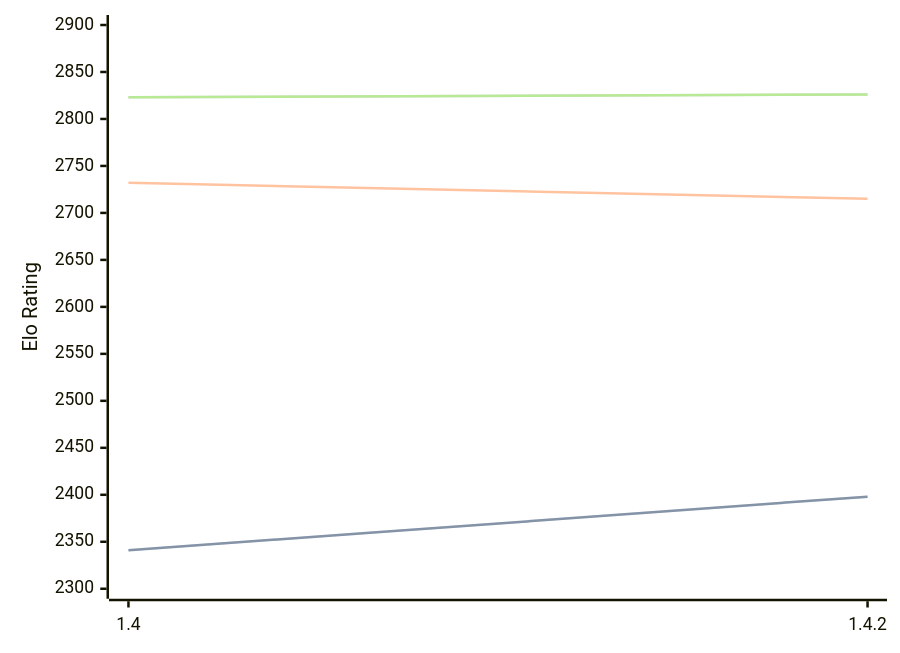
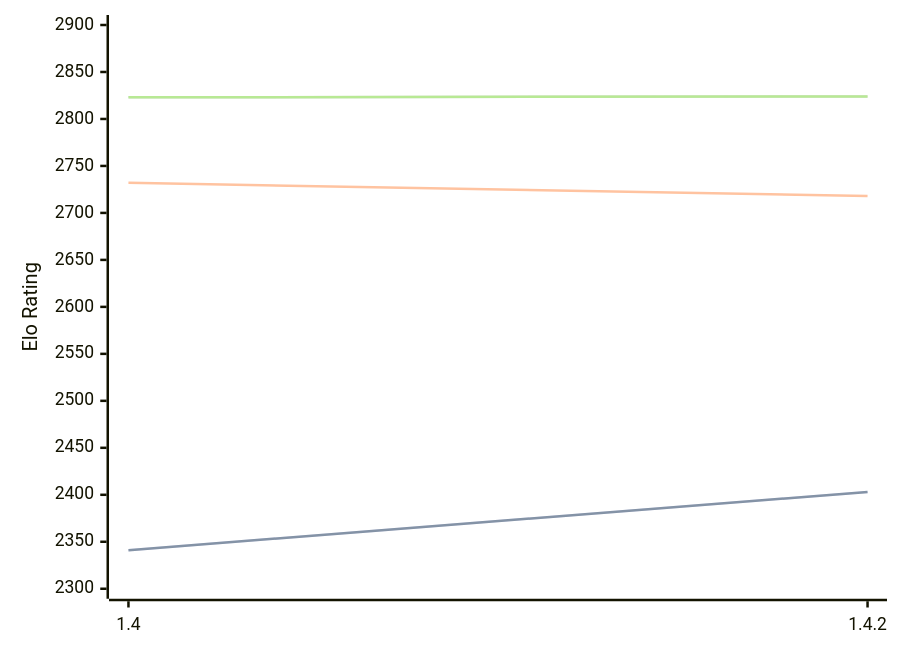
The diagram in engines/Spike.md (computer-chess-index/cci), drawn with Mermaid before and after one commit. The commit also changed other lines of this file, not shown here.

Commit message:
Update CCI Ratings (ELO VLTC) - 2026-09-04

````diff
--- a/engines/Spike.md
+++ b/engines/Spike.md
@@ -32,11 +32,11 @@
 ```mermaid
 %%{init: {"theme":"base","themeVariables":{"seriesColors:['#a3a3a3','#222221','#faa371']}}}%%
 xychart-beta
   x-axis ["1.4", "1.4.2"]
   y-axis "Elo Rating" 2300 --> 2900
-  line "" [2341, 2398]
-  line "STC (8.0+0.08s)" [2341, 2398]
-  line "LTC (60.0+0.60s)" [2732, 2715]
-  line "" [2823, 2826]
-  line "VLTC (2m24s+1.12s)" [2823, 2826]
+  line "" [2341, 2403]
+  line "STC (8.0+0.08s)" [2341, 2403]
+  line "LTC (60.0+0.60s)" [2732, 2718]
+  line "" [2823, 2824]
+  line "VLTC (2m24s+1.12s)" [2823, 2824]
 ```
````
